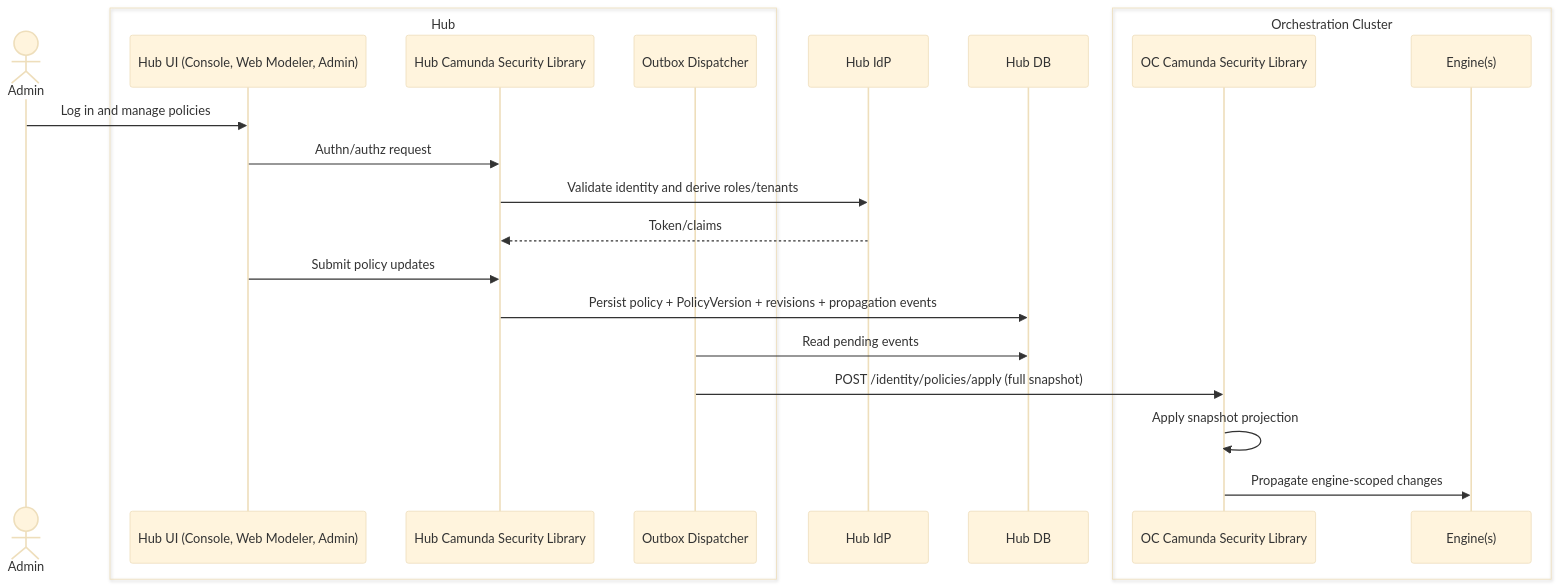
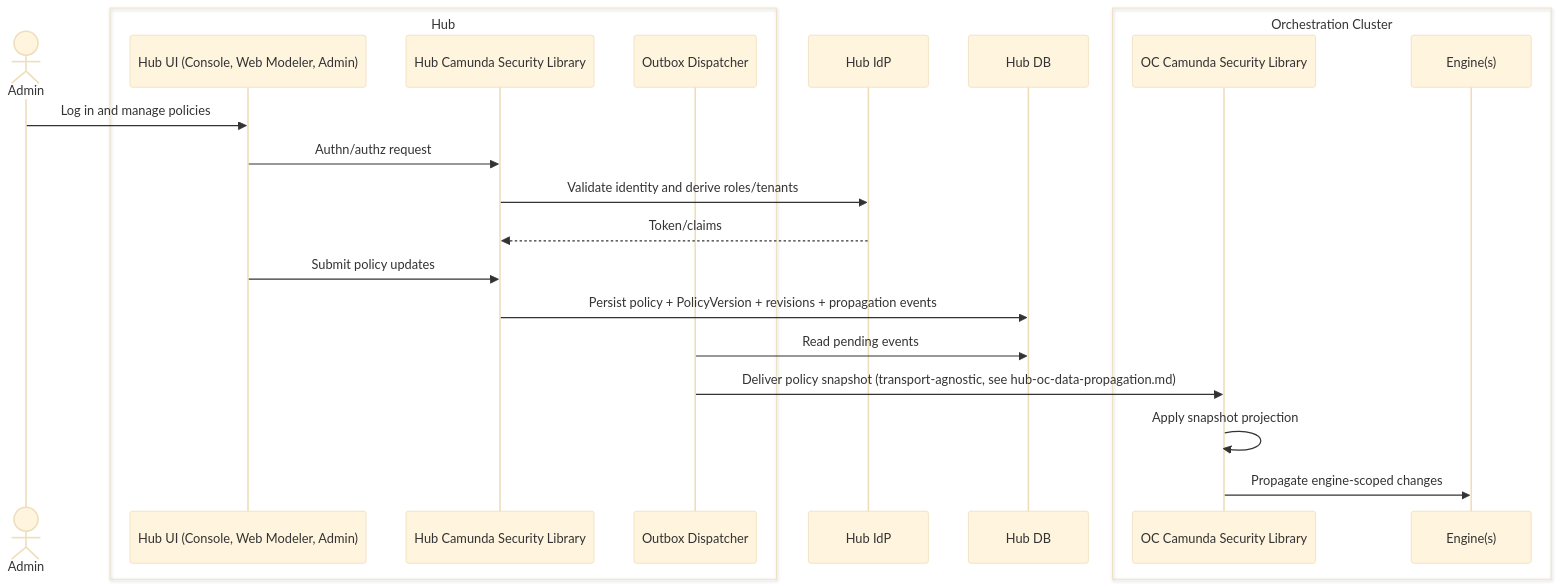
Diagram 14 of 20 in docs/architecture_docs.md (camunda/camunda-security-library), drawn with Mermaid (base theme) before and after one commit. The commit also changed other lines of this file and 7 other files, not shown here.

````diff
--- a/docs/architecture_docs.md
+++ b/docs/architecture_docs.md
@@ -1341,26 +1339,26 @@
 ```mermaid
 sequenceDiagram
   actor Admin
   box Hub
     participant HubUI as Hub UI (Console, Web Modeler, Admin)
     participant HubCSL as Hub Camunda Security Library
     participant Outbox as Outbox Dispatcher
   end
   participant IdP as Hub IdP
   participant HubDB as Hub DB
   box Orchestration Cluster
     participant OCSLF as OC Camunda Security Library
     participant Engine as Engine(s)
   end
 
   Admin->>HubUI: Log in and manage policies
   HubUI->>HubCSL: Authn/authz request
   HubCSL->>IdP: Validate identity and derive roles/tenants
   IdP-->>HubCSL: Token/claims
   HubUI->>HubCSL: Submit policy updates
   HubCSL->>HubDB: Persist policy + PolicyVersion + revisions + propagation events
   Outbox->>HubDB: Read pending events
-  Outbox->>OCSLF: POST /identity/policies/apply (full snapshot)
+  Outbox->>OCSLF: Deliver policy snapshot (transport-agnostic, see hub-oc-data-propagation.md)
   OCSLF->>OCSLF: Apply snapshot projection
   OCSLF->>Engine: Propagate engine-scoped changes
 ```
````
